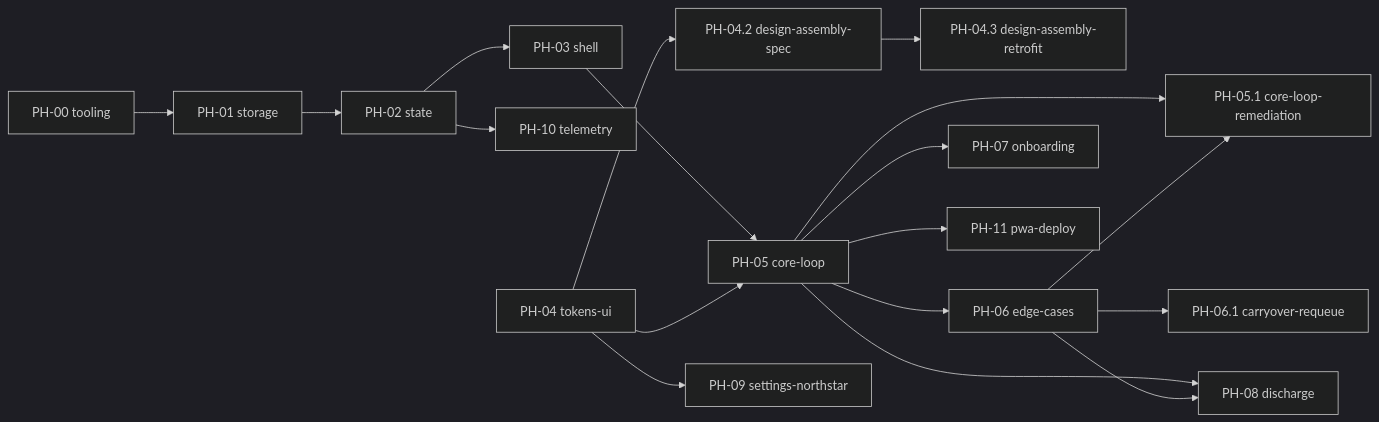
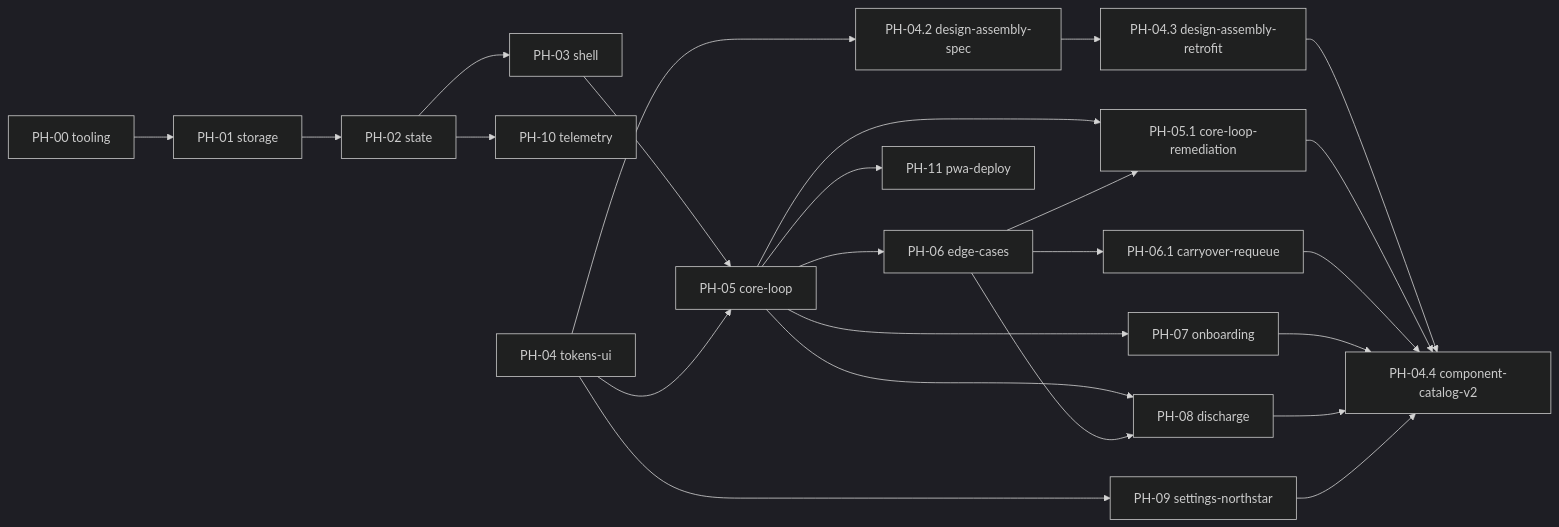
The diagram in docs/phases/README.md (Sparrowlim/com-pace), drawn with Mermaid (dark theme) before and after one commit. The commit also changed other lines of this file and 3 other files, not shown here.

````diff
--- a/docs/phases/README.md
+++ b/docs/phases/README.md
@@ -102,20 +109,26 @@
 ```mermaid
 flowchart LR
   PH00[PH-00 tooling] --> PH01[PH-01 storage]
   PH01 --> PH02[PH-02 state]
   PH02 --> PH03[PH-03 shell]
   PH02 --> PH10[PH-10 telemetry]
   PH03 --> PH05[PH-05 core-loop]
   PH04[PH-04 tokens-ui] --> PH05
   PH04 --> PH042[PH-04.2 design-assembly-spec]
   PH042 --> PH043[PH-04.3 design-assembly-retrofit]
   PH05 --> PH06[PH-06 edge-cases]
   PH05 --> PH07[PH-07 onboarding]
   PH05 --> PH08[PH-08 discharge]
   PH05 --> PH051[PH-05.1 core-loop-remediation]
   PH06 --> PH051
   PH06 --> PH061[PH-06.1 carryover-requeue]
   PH06 --> PH08
   PH04 --> PH09[PH-09 settings-northstar]
   PH05 --> PH11[PH-11 pwa-deploy]
+  PH043 --> PH044[PH-04.4 component-catalog-v2]
+  PH051 --> PH044
+  PH061 --> PH044
+  PH07 --> PH044
+  PH08 --> PH044
+  PH09 --> PH044
 ```
````
